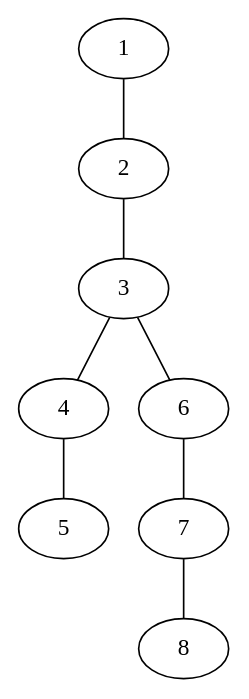
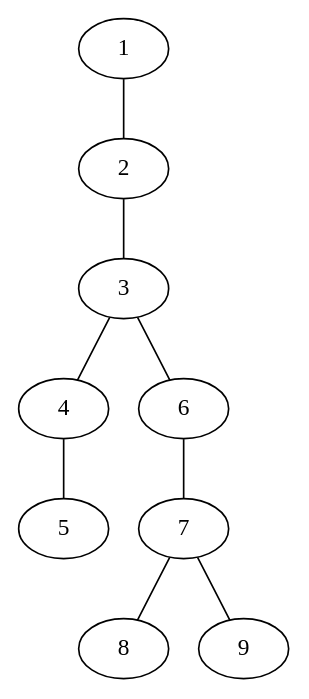
One commit to prosseek/Efficient-Decentralized-Context-Sharing-via-Aggregation-Simulation changed the diagram in aggregation_simulator/test_files/normal/test_network1/test_network1.txt.dot. Above: the diagram before and after it, drawn with Graphviz. The commit also changed 17 other files, not shown here.

```diff
--- a/aggregation_simulator/test_files/normal/test_network1/test_network1.txt.dot
+++ b/aggregation_simulator/test_files/normal/test_network1/test_network1.txt.dot
@@ -1,8 +1,9 @@
 graph graphname {1--2
 2--3
 3--4
 3--6
 4--5
 6--7
 7--8
+7--9
 }
```
